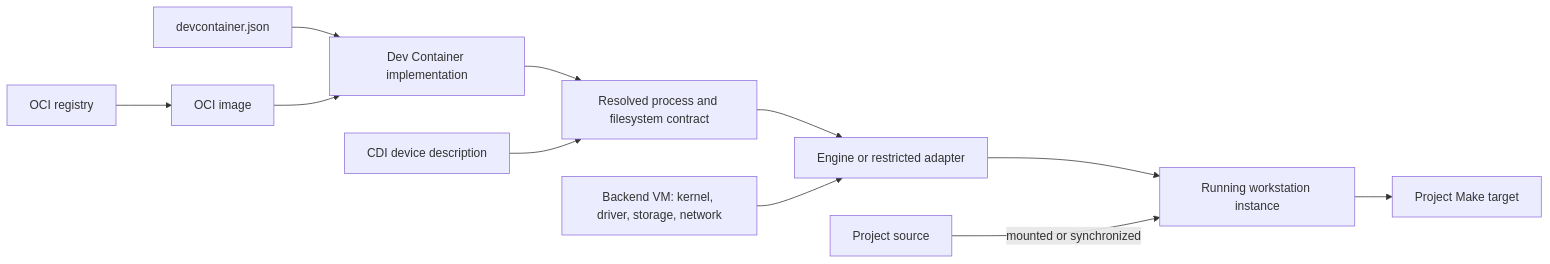
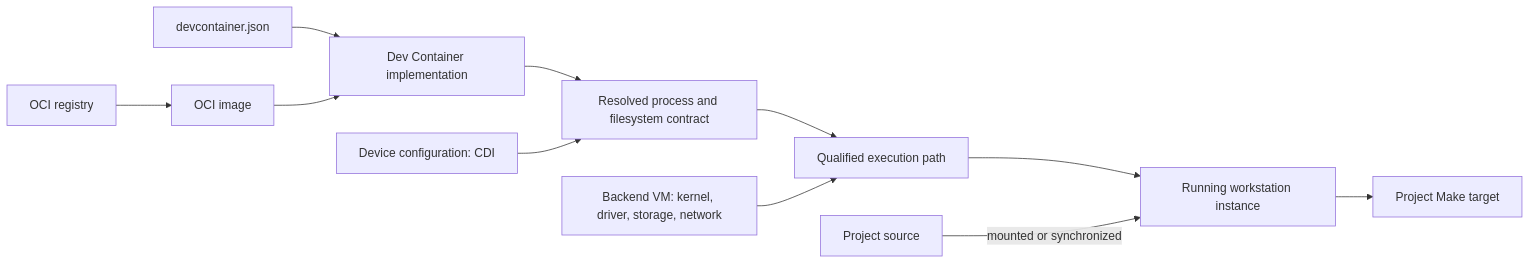
One commit to jianwen-zhu/cloudmake changed the first of 2 diagrams in docs/devcontainer-execution-landscape.md. Above: the diagram before and after it, drawn with Mermaid. The commit also changed other lines of this file and 4 other files, not shown here.

````diff
--- a/docs/devcontainer-execution-landscape.md
+++ b/docs/devcontainer-execution-landscape.md
@@ -71,13 +71,13 @@
 ```mermaid
 flowchart LR
     DC[devcontainer.json] --> DI[Dev Container implementation]
     REG[OCI registry] --> IMG[OCI image]
     IMG --> DI
     DI --> SPEC[Resolved process and filesystem contract]
-    CDI[CDI device description] --> SPEC
-    SPEC --> RT[Engine or restricted adapter]
+    CDI[Device configuration: CDI] --> SPEC
+    SPEC --> RT[Qualified execution path]
     VM[Backend VM: kernel, driver, storage, network] --> RT
     RT --> WS[Running workstation instance]
     SRC[Project source] -->|mounted or synchronized| WS
     WS --> MAKE[Project Make target]
 ```
````
